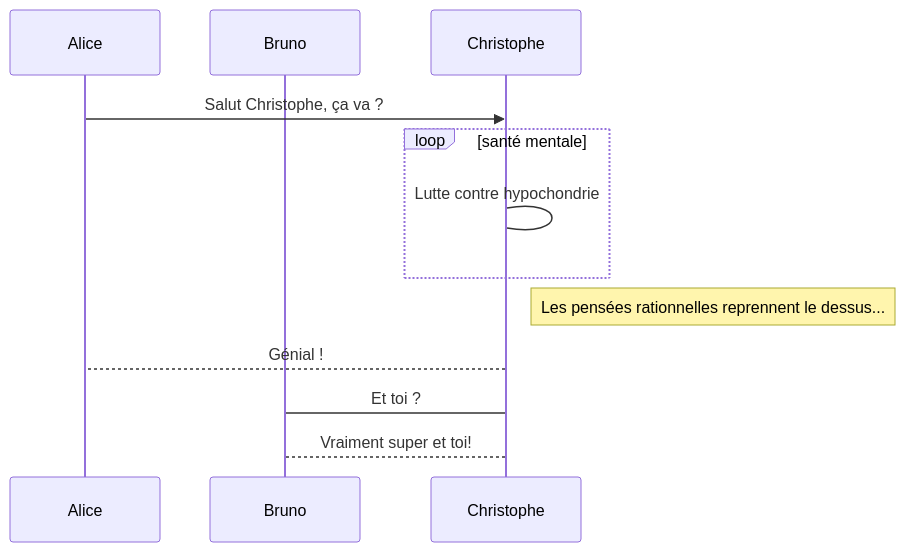
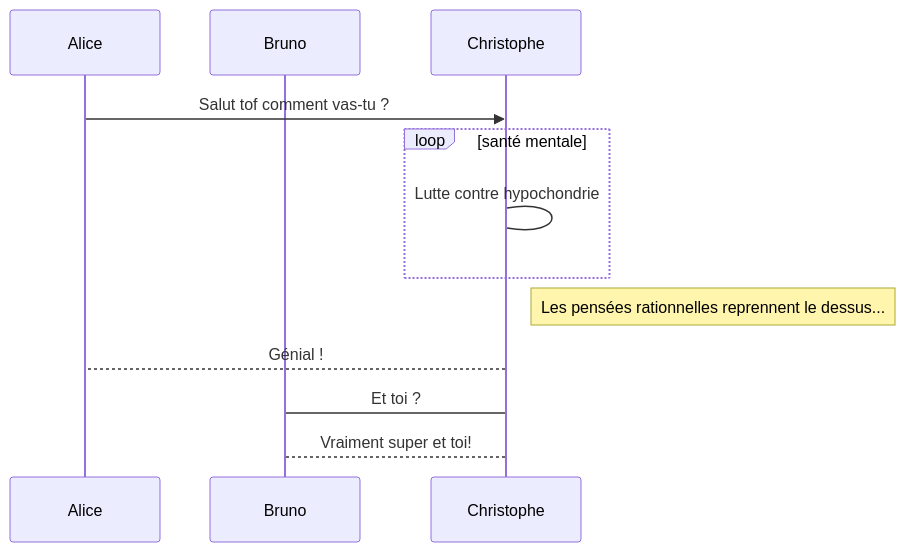
Before and after one commit to ChristopheDucamp/hugoDocs-fr: the third of 4 diagrams in content/shortcodes/mermaid.md, drawn with Mermaid. The commit also changed other lines of this file and 2 other files, not shown here.

```diff
--- a/content/shortcodes/mermaid.md
+++ b/content/shortcodes/mermaid.md
@@ -56,13 +57,13 @@
 {{<mermaid>}}
 sequenceDiagram
     participant Alice
     participant Bruno
-    Alice->> Christophe: Salut Christophe, ça va ?
+    Alice->> Christophe: Salut tof comment vas-tu ?
     loop santé mentale
         Christophe->Christophe: Lutte contre hypochondrie
     end
     Note right of Christophe: Les pensées rationnelles reprennent le dessus...
     Christophe--> Alice: Génial !
     Christophe-> Bruno: Et toi ?
     Bruno-->Christophe: Vraiment super et toi!
 {{< /mermaid >}}
```
